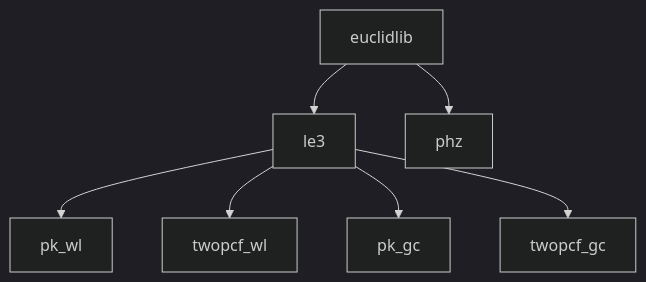
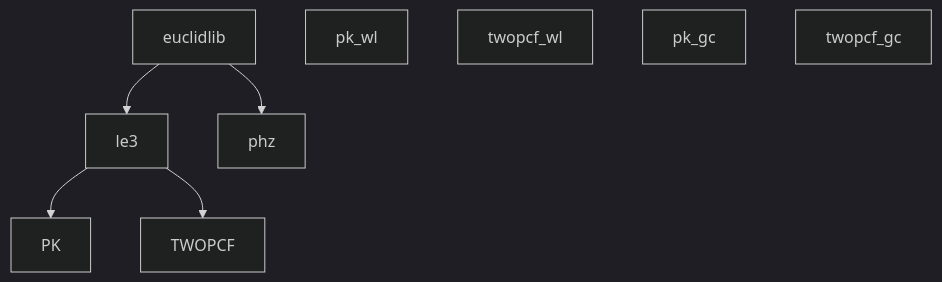
Before and after one commit to euclidlib/euclidlib: the diagram in README.md, drawn with Mermaid (dark theme). The commit also changed other lines of this file and 29 other files, not shown here.

````diff
--- a/README.md
+++ b/README.md
@@ -44,20 +44,18 @@
 ```mermaid
 graph TD
     EUCLIDLIB[euclidlib]
 
     LE3[le3]
     PK_WL[pk_wl]
     TWOPCF_WL[twopcf_wl]
     PK_GC[pk_gc]
     TWOPCF_GC[twopcf_gc]
 
     PHZ[phz]
 
     EUCLIDLIB --> LE3
     EUCLIDLIB --> PHZ
 
-    LE3 --> PK_WL
-    LE3 --> TWOPCF_WL
-    LE3 --> PK_GC
-    LE3 --> TWOPCF_GC
+    LE3 --> PK
+    LE3 --> TWOPCF
 ```
````
